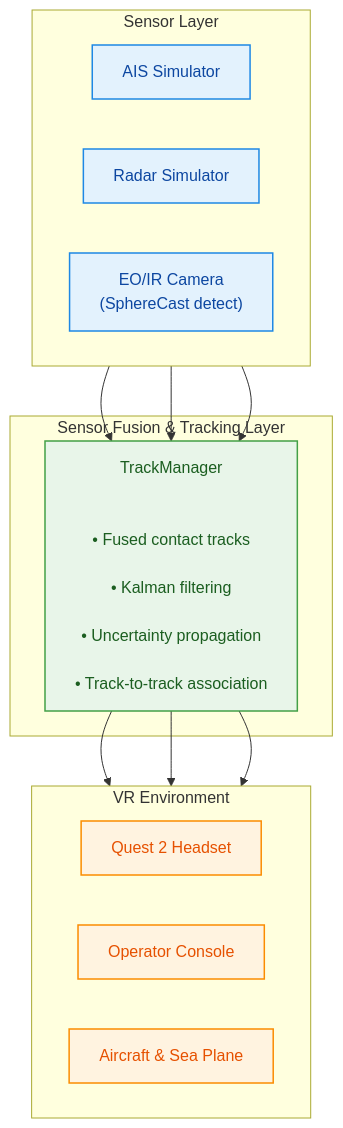
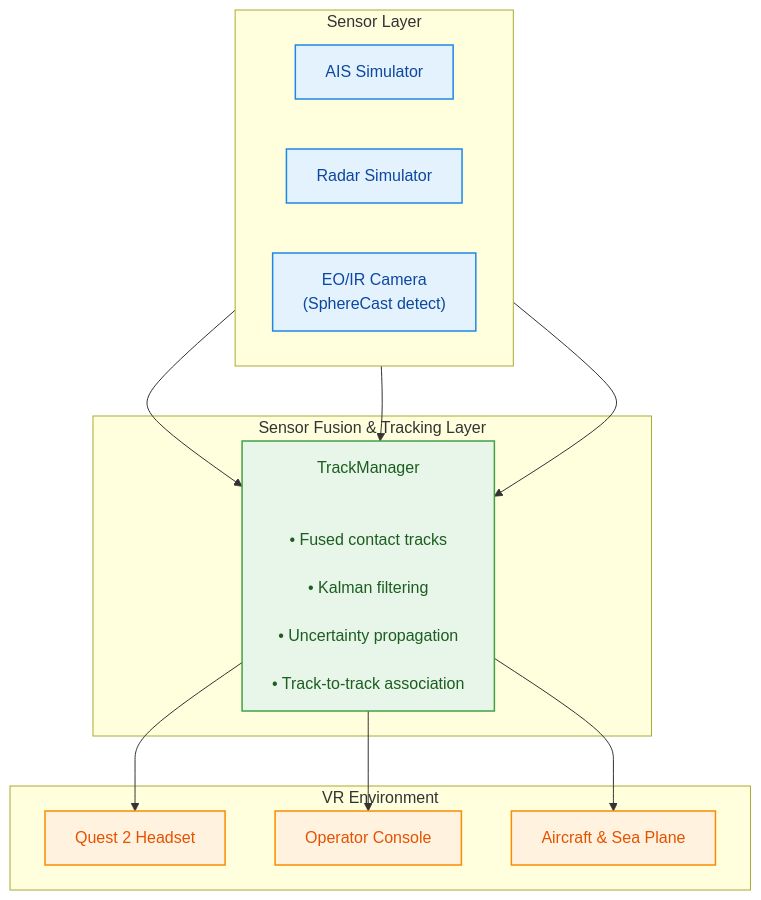
The diagram in README.md (martinhli/master-thesis), drawn with Mermaid before and after one commit.

Commit message:
Edited README
Removed direction setting for VR Environment subgraph.

````diff
--- a/README.md
+++ b/README.md
@@ -60,42 +60,41 @@
 ```mermaid
 flowchart TB
 
 %% ========= Styles =========
 classDef sensor fill:#E3F2FD,stroke:#1E88E5,stroke-width:1.5px,color:#0D47A1;
 classDef fusion fill:#E8F5E9,stroke:#43A047,stroke-width:1.5px,color:#1B5E20;
 classDef vr fill:#FFF3E0,stroke:#FB8C00,stroke-width:1.5px,color:#E65100;
 
 %% ========= Sensor Layer =========
 subgraph SL["Sensor Layer"]
     direction LR
     AIS["AIS Simulator"]:::sensor
     RADAR["Radar Simulator"]:::sensor
     EOIR["EO/IR Camera<br/>(SphereCast detect)"]:::sensor
 end
 
 %% ========= Sensor Fusion & Tracking =========
 subgraph SFTL["Sensor Fusion & Tracking Layer"]
     TM["TrackManager<br/><br/>
     • Fused contact tracks<br/>
     • Kalman filtering<br/>
     • Uncertainty propagation<br/>
     • Track-to-track association"]:::fusion
 end
 
 %% ========= VR Environment =========
 subgraph VR["VR Environment"]
-    direction LR
     QUEST["Quest 2 Headset"]:::vr
     OP["Operator Console"]:::vr
     AC["Aircraft & Sea Plane"]:::vr
 end
 
 %% ========= Data Flow =========
 AIS --> TM
 RADAR --> TM
 EOIR --> TM
 
 TM --> QUEST
 TM --> OP
 TM --> AC
 ```
````
